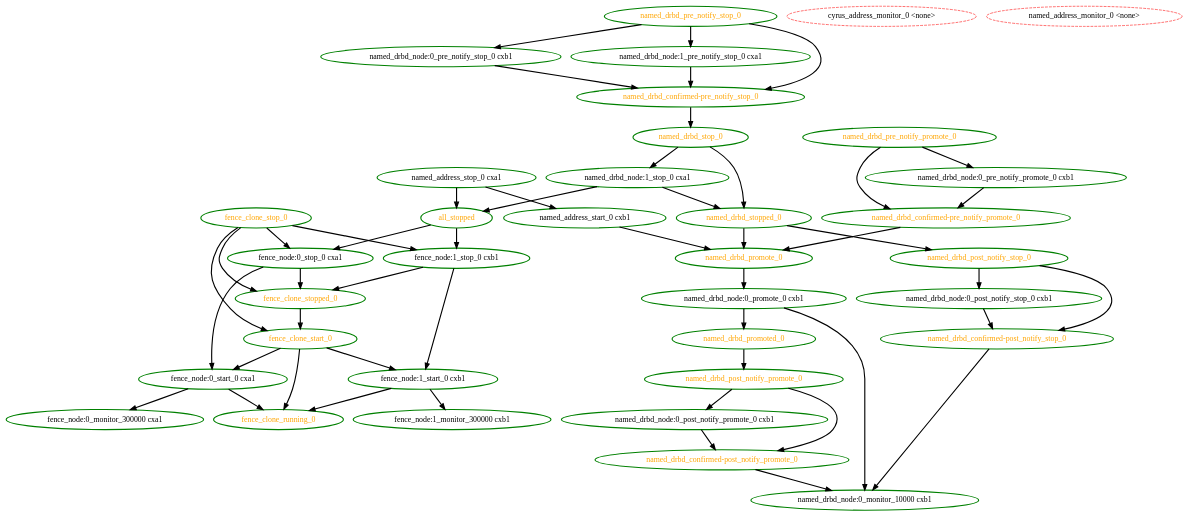
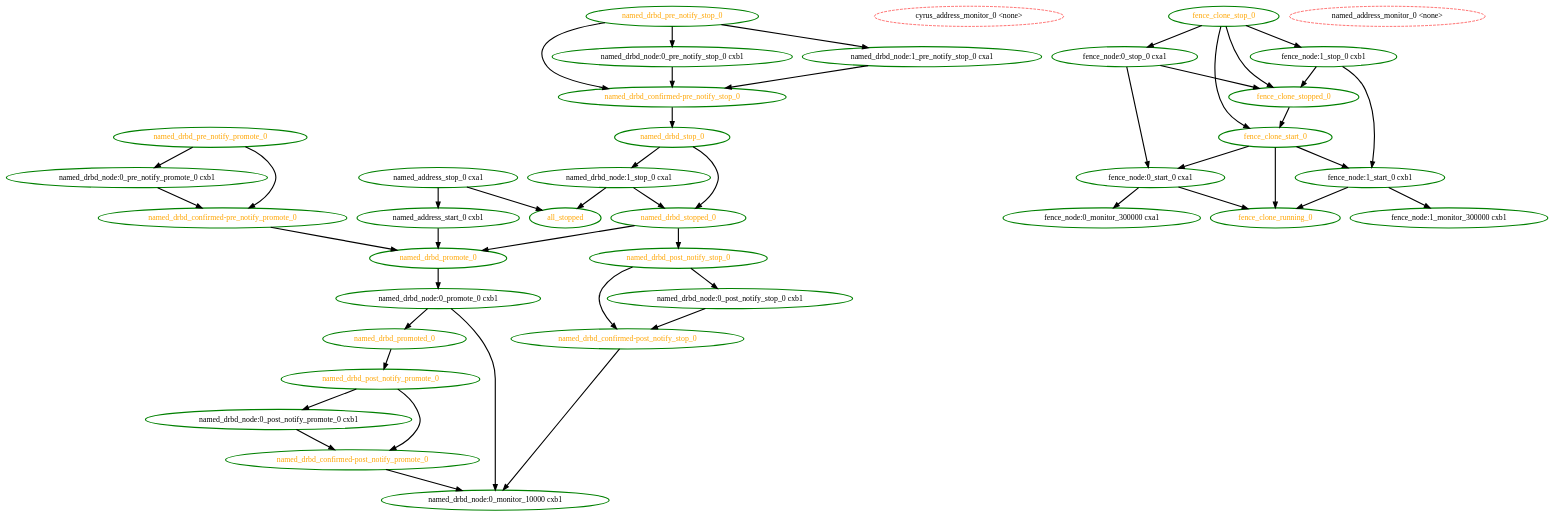
One commit to linux-ha-japan/pm_diskd changed the diagram in pengine/testcases/master-demote.dot. Above: the diagram before and after it, drawn with Graphviz. The commit also changed 8 other files, not shown here.

Commit message:
High: PE: Prevent graph-loop when stonith agents need to be moved around before a STONITH op

```diff
--- a/pengine/testcases/master-demote.dot
+++ b/pengine/testcases/master-demote.dot
@@ -1,86 +1,84 @@
 digraph "g" {
-"all_stopped" -> "fence_node:0_stop_0 cxa1" [ style = bold]
-"all_stopped" -> "fence_node:1_stop_0 cxb1" [ style = bold]
 "all_stopped" [ style=bold color="green" fontcolor="orange"  ]
 "cyrus_address_monitor_0 <none>" [ style=dashed color="red" fontcolor="black"  ]
 "fence_clone_running_0" [ style=bold color="green" fontcolor="orange"  ]
 "fence_clone_start_0" -> "fence_clone_running_0" [ style = bold]
 "fence_clone_start_0" -> "fence_node:0_start_0 cxa1" [ style = bold]
 "fence_clone_start_0" -> "fence_node:1_start_0 cxb1" [ style = bold]
 "fence_clone_start_0" [ style=bold color="green" fontcolor="orange"  ]
 "fence_clone_stop_0" -> "fence_clone_start_0" [ style = bold]
 "fence_clone_stop_0" -> "fence_clone_stopped_0" [ style = bold]
 "fence_clone_stop_0" -> "fence_node:0_stop_0 cxa1" [ style = bold]
 "fence_clone_stop_0" -> "fence_node:1_stop_0 cxb1" [ style = bold]
 "fence_clone_stop_0" [ style=bold color="green" fontcolor="orange"  ]
 "fence_clone_stopped_0" -> "fence_clone_start_0" [ style = bold]
 "fence_clone_stopped_0" [ style=bold color="green" fontcolor="orange"  ]
 "fence_node:0_monitor_300000 cxa1" [ style=bold color="green" fontcolor="black"  ]
 "fence_node:0_start_0 cxa1" -> "fence_clone_running_0" [ style = bold]
 "fence_node:0_start_0 cxa1" -> "fence_node:0_monitor_300000 cxa1" [ style = bold]
 "fence_node:0_start_0 cxa1" [ style=bold color="green" fontcolor="black"  ]
 "fence_node:0_stop_0 cxa1" -> "fence_clone_stopped_0" [ style = bold]
 "fence_node:0_stop_0 cxa1" -> "fence_node:0_start_0 cxa1" [ style = bold]
 "fence_node:0_stop_0 cxa1" [ style=bold color="green" fontcolor="black"  ]
 "fence_node:1_monitor_300000 cxb1" [ style=bold color="green" fontcolor="black"  ]
 "fence_node:1_start_0 cxb1" -> "fence_clone_running_0" [ style = bold]
 "fence_node:1_start_0 cxb1" -> "fence_node:1_monitor_300000 cxb1" [ style = bold]
 "fence_node:1_start_0 cxb1" [ style=bold color="green" fontcolor="black"  ]
 "fence_node:1_stop_0 cxb1" -> "fence_clone_stopped_0" [ style = bold]
 "fence_node:1_stop_0 cxb1" -> "fence_node:1_start_0 cxb1" [ style = bold]
 "fence_node:1_stop_0 cxb1" [ style=bold color="green" fontcolor="black"  ]
 "named_address_monitor_0 <none>" [ style=dashed color="red" fontcolor="black"  ]
 "named_address_start_0 cxb1" -> "named_drbd_promote_0" [ style = bold]
 "named_address_start_0 cxb1" [ style=bold color="green" fontcolor="black"  ]
 "named_address_stop_0 cxa1" -> "all_stopped" [ style = bold]
 "named_address_stop_0 cxa1" -> "named_address_start_0 cxb1" [ style = bold]
 "named_address_stop_0 cxa1" [ style=bold color="green" fontcolor="black"  ]
 "named_drbd_confirmed-post_notify_promote_0" -> "named_drbd_node:0_monitor_10000 cxb1" [ style = bold]
 "named_drbd_confirmed-post_notify_promote_0" [ style=bold color="green" fontcolor="orange"  ]
 "named_drbd_confirmed-post_notify_stop_0" -> "named_drbd_node:0_monitor_10000 cxb1" [ style = bold]
 "named_drbd_confirmed-post_notify_stop_0" [ style=bold color="green" fontcolor="orange"  ]
 "named_drbd_confirmed-pre_notify_promote_0" -> "named_drbd_promote_0" [ style = bold]
 "named_drbd_confirmed-pre_notify_promote_0" [ style=bold color="green" fontcolor="orange"  ]
 "named_drbd_confirmed-pre_notify_stop_0" -> "named_drbd_stop_0" [ style = bold]
 "named_drbd_confirmed-pre_notify_stop_0" [ style=bold color="green" fontcolor="orange"  ]
 "named_drbd_node:0_monitor_10000 cxb1" [ style=bold color="green" fontcolor="black"  ]
 "named_drbd_node:0_post_notify_promote_0 cxb1" -> "named_drbd_confirmed-post_notify_promote_0" [ style = bold]
 "named_drbd_node:0_post_notify_promote_0 cxb1" [ style=bold color="green" fontcolor="black"  ]
 "named_drbd_node:0_post_notify_stop_0 cxb1" -> "named_drbd_confirmed-post_notify_stop_0" [ style = bold]
 "named_drbd_node:0_post_notify_stop_0 cxb1" [ style=bold color="green" fontcolor="black"  ]
 "named_drbd_node:0_pre_notify_promote_0 cxb1" -> "named_drbd_confirmed-pre_notify_promote_0" [ style = bold]
 "named_drbd_node:0_pre_notify_promote_0 cxb1" [ style=bold color="green" fontcolor="black"  ]
 "named_drbd_node:0_pre_notify_stop_0 cxb1" -> "named_drbd_confirmed-pre_notify_stop_0" [ style = bold]
 "named_drbd_node:0_pre_notify_stop_0 cxb1" [ style=bold color="green" fontcolor="black"  ]
 "named_drbd_node:0_promote_0 cxb1" -> "named_drbd_node:0_monitor_10000 cxb1" [ style = bold]
 "named_drbd_node:0_promote_0 cxb1" -> "named_drbd_promoted_0" [ style = bold]
 "named_drbd_node:0_promote_0 cxb1" [ style=bold color="green" fontcolor="black"  ]
 "named_drbd_node:1_pre_notify_stop_0 cxa1" -> "named_drbd_confirmed-pre_notify_stop_0" [ style = bold]
 "named_drbd_node:1_pre_notify_stop_0 cxa1" [ style=bold color="green" fontcolor="black"  ]
 "named_drbd_node:1_stop_0 cxa1" -> "all_stopped" [ style = bold]
 "named_drbd_node:1_stop_0 cxa1" -> "named_drbd_stopped_0" [ style = bold]
 "named_drbd_node:1_stop_0 cxa1" [ style=bold color="green" fontcolor="black"  ]
 "named_drbd_post_notify_promote_0" -> "named_drbd_confirmed-post_notify_promote_0" [ style = bold]
 "named_drbd_post_notify_promote_0" -> "named_drbd_node:0_post_notify_promote_0 cxb1" [ style = bold]
 "named_drbd_post_notify_promote_0" [ style=bold color="green" fontcolor="orange"  ]
 "named_drbd_post_notify_stop_0" -> "named_drbd_confirmed-post_notify_stop_0" [ style = bold]
 "named_drbd_post_notify_stop_0" -> "named_drbd_node:0_post_notify_stop_0 cxb1" [ style = bold]
 "named_drbd_post_notify_stop_0" [ style=bold color="green" fontcolor="orange"  ]
 "named_drbd_pre_notify_promote_0" -> "named_drbd_confirmed-pre_notify_promote_0" [ style = bold]
 "named_drbd_pre_notify_promote_0" -> "named_drbd_node:0_pre_notify_promote_0 cxb1" [ style = bold]
 "named_drbd_pre_notify_promote_0" [ style=bold color="green" fontcolor="orange"  ]
 "named_drbd_pre_notify_stop_0" -> "named_drbd_confirmed-pre_notify_stop_0" [ style = bold]
 "named_drbd_pre_notify_stop_0" -> "named_drbd_node:0_pre_notify_stop_0 cxb1" [ style = bold]
 "named_drbd_pre_notify_stop_0" -> "named_drbd_node:1_pre_notify_stop_0 cxa1" [ style = bold]
 "named_drbd_pre_notify_stop_0" [ style=bold color="green" fontcolor="orange"  ]
 "named_drbd_promote_0" -> "named_drbd_node:0_promote_0 cxb1" [ style = bold]
 "named_drbd_promote_0" [ style=bold color="green" fontcolor="orange"  ]
 "named_drbd_promoted_0" -> "named_drbd_post_notify_promote_0" [ style = bold]
 "named_drbd_promoted_0" [ style=bold color="green" fontcolor="orange"  ]
 "named_drbd_stop_0" -> "named_drbd_node:1_stop_0 cxa1" [ style = bold]
 "named_drbd_stop_0" -> "named_drbd_stopped_0" [ style = bold]
 "named_drbd_stop_0" [ style=bold color="green" fontcolor="orange"  ]
 "named_drbd_stopped_0" -> "named_drbd_post_notify_stop_0" [ style = bold]
 "named_drbd_stopped_0" -> "named_drbd_promote_0" [ style = bold]
 "named_drbd_stopped_0" [ style=bold color="green" fontcolor="orange"  ]
 }
```
